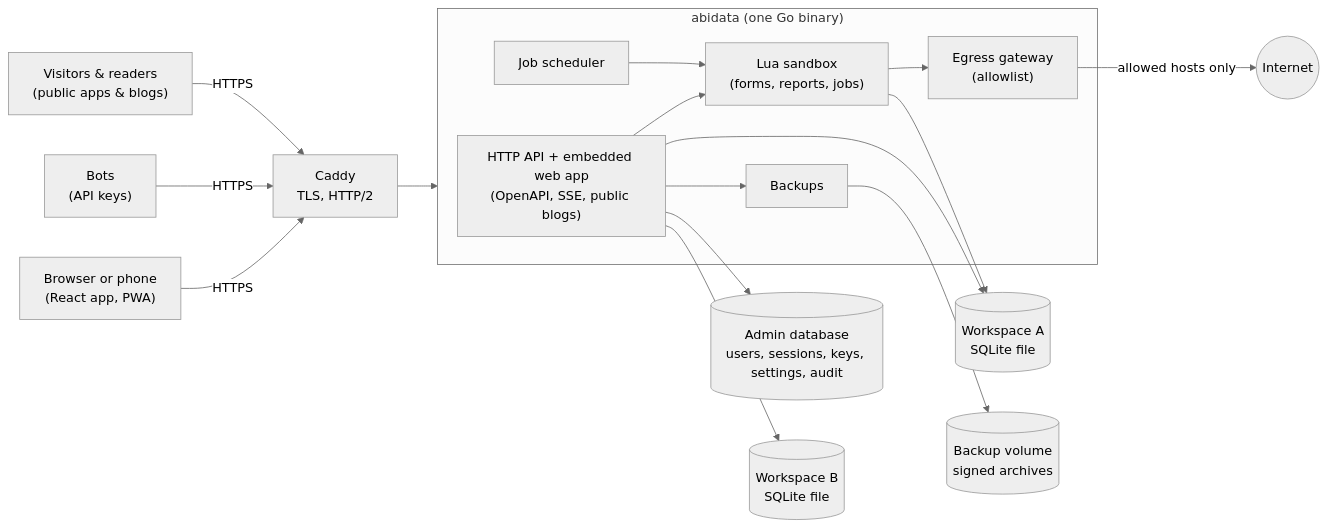
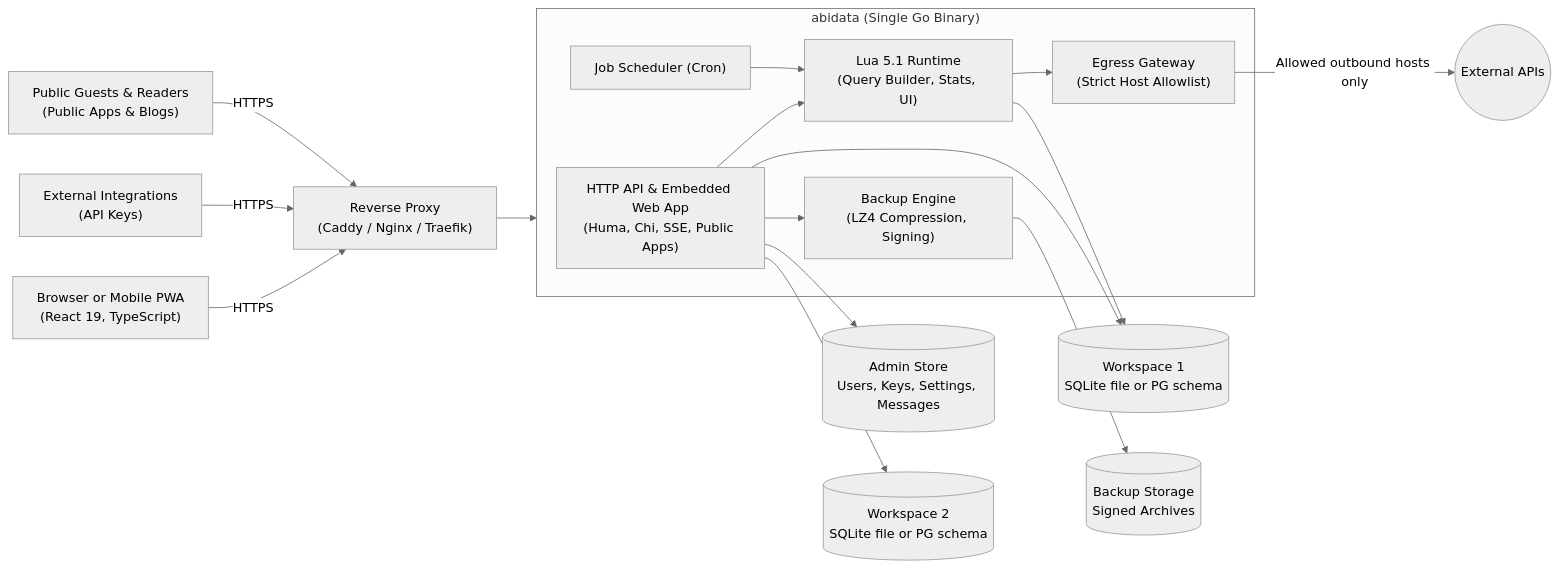
One commit to AbishYoung/AbiData changed the diagram in README.md. Above: the diagram before and after it, drawn with Mermaid (neutral theme). The commit also changed other lines of this file, not shown here.

````diff
--- a/README.md
+++ b/README.md
@@ -227,26 +321,26 @@
 ```mermaid
 flowchart LR
-  B["Browser or phone<br/>(React app, PWA)"] -->|HTTPS| C[Caddy<br/>TLS, HTTP/2]
-  K["Bots<br/>(API keys)"] -->|HTTPS| C
-  V["Visitors & readers<br/>(public apps & blogs)"] -->|HTTPS| C
+  B["Browser or Mobile PWA<br/>(React 19, TypeScript)"] -->|HTTPS| C["Reverse Proxy<br/>(Caddy / Nginx / Traefik)"]
+  K["External Integrations<br/>(API Keys)"] -->|HTTPS| C
+  V["Public Guests & Readers<br/>(Public Apps & Blogs)"] -->|HTTPS| C
   C --> S
 
-  subgraph S["abidata (one Go binary)"]
-    API["HTTP API + embedded web app<br/>(OpenAPI, SSE, public blogs)"]
-    SCH["Job scheduler"]
-    SBX["Lua sandbox<br/>(forms, reports, jobs)"]
-    EG["Egress gateway<br/>(allowlist)"]
-    BK["Backups"]
+  subgraph S["abidata (Single Go Binary)"]
+    API["HTTP API & Embedded Web App<br/>(Huma, Chi, SSE, Public Apps)"]
+    SCH["Job Scheduler (Cron)"]
+    SBX["Lua 5.1 Runtime<br/>(Query Builder, Stats, UI)"]
+    EG["Egress Gateway<br/>(Strict Host Allowlist)"]
+    BK["Backup Engine<br/>(LZ4 Compression, Signing)"]
     API --> SBX
     SCH --> SBX
     SBX --> EG
     API --> BK
   end
 
-  API --> ADM[("Admin database<br/>users, sessions, keys, settings, audit")]
-  API --> W1[("Workspace A<br/>SQLite file")]
+  API --> ADM[("Admin Store<br/>Users, Keys, Settings, Messages")]
+  API --> W1[("Workspace 1<br/>SQLite file or PG schema")]
   SBX --> W1
-  API --> W2[("Workspace B<br/>SQLite file")]
-  BK --> BD[("Backup volume<br/>signed archives")]
-  EG -->|allowed hosts only| NET((Internet))
+  API --> W2[("Workspace 2<br/>SQLite file or PG schema")]
+  BK --> BD[("Backup Storage<br/>Signed Archives")]
+  EG -->|Allowed outbound hosts only| NET((External APIs))
 ```
````
